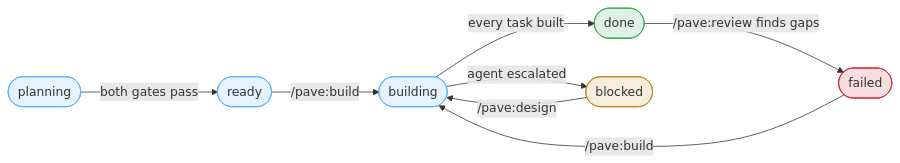
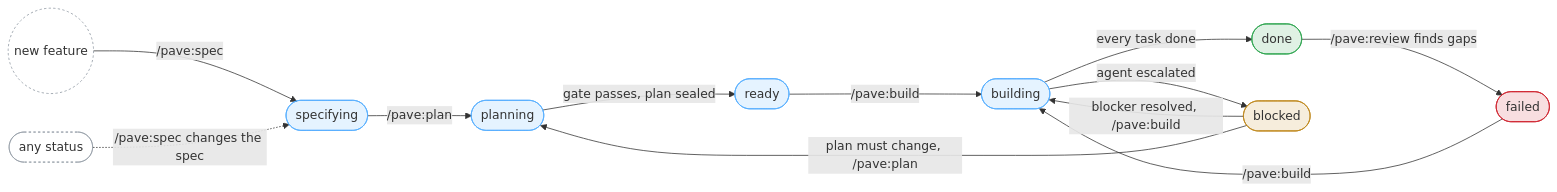
The diagram in README.md (paveforge/claude-plugins), drawn with Mermaid before and after one commit. The commit also changed other lines of this file and 42 other files, not shown here.

First line of the commit message:
Pave 0.4: spec/plan split, session features, on-demand knowledge (#11)

````diff
--- a/README.md
+++ b/README.md
@@ -379,19 +532,25 @@
 ```mermaid
 flowchart LR
-    planning(["planning"]) -->|both gates pass| ready(["ready"])
+    newfeat(("new feature")) -->|/pave:spec| specifying(["specifying"])
+    specifying -->|/pave:plan| planning(["planning"])
+    planning -->|gate passes, plan sealed| ready(["ready"])
     ready -->|/pave:build| building(["building"])
-    building -->|every task built| done(["done"])
+    building -->|every task done| done(["done"])
     building -->|agent escalated| blocked(["blocked"])
-    blocked -->|/pave:design| building
+    blocked -->|blocker resolved, /pave:build| building
+    blocked -->|plan must change, /pave:plan| planning
     done -->|/pave:review finds gaps| failed(["failed"])
     failed -->|/pave:build| building
+    any(["any status"]) -.->|/pave:spec changes the spec| specifying
 
     classDef step fill:#54aeff26,stroke:#54aeff,stroke-width:1px
     classDef good fill:#2da44e26,stroke:#2da44e,stroke-width:1px
     classDef warn fill:#bf871926,stroke:#bf8719,stroke-width:1px
     classDef bad  fill:#cf222e26,stroke:#cf222e,stroke-width:1px
-    class planning,ready,building step
+    classDef muted fill:none,stroke:#8c959f,stroke-dasharray:3 3
+    class specifying,planning,ready,building step
+    class any,newfeat muted
     class done good
     class blocked warn
     class failed bad
 ```
````
